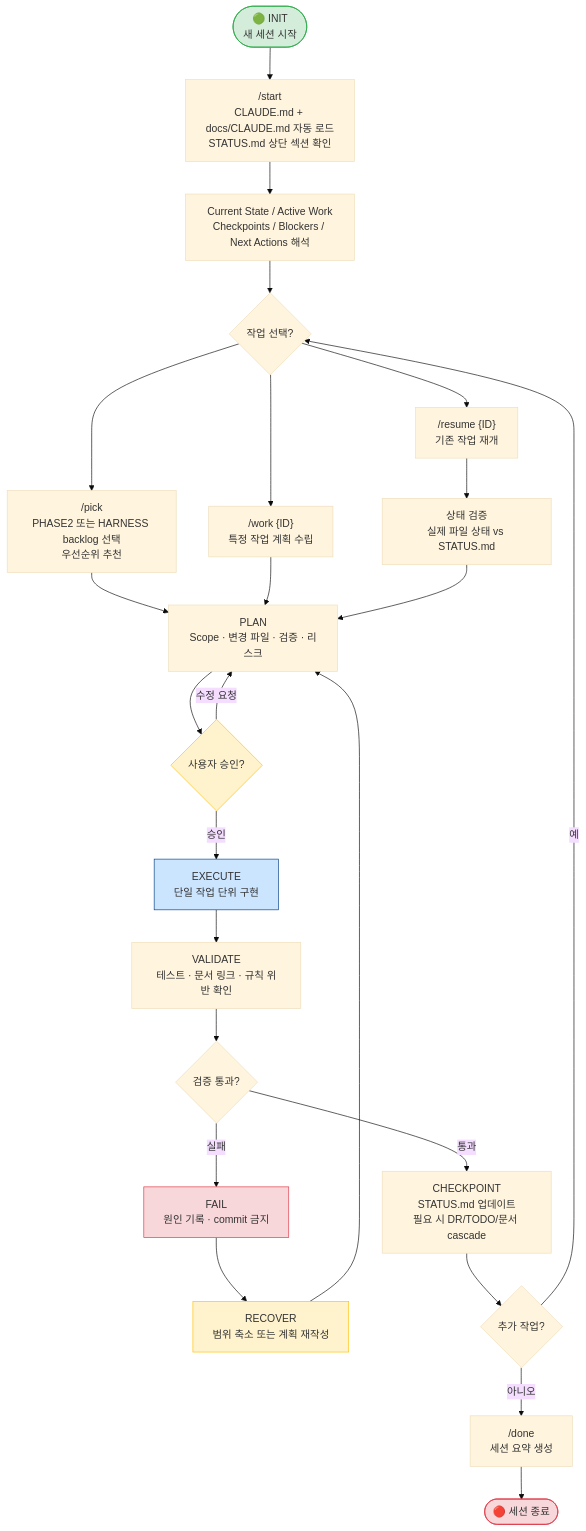
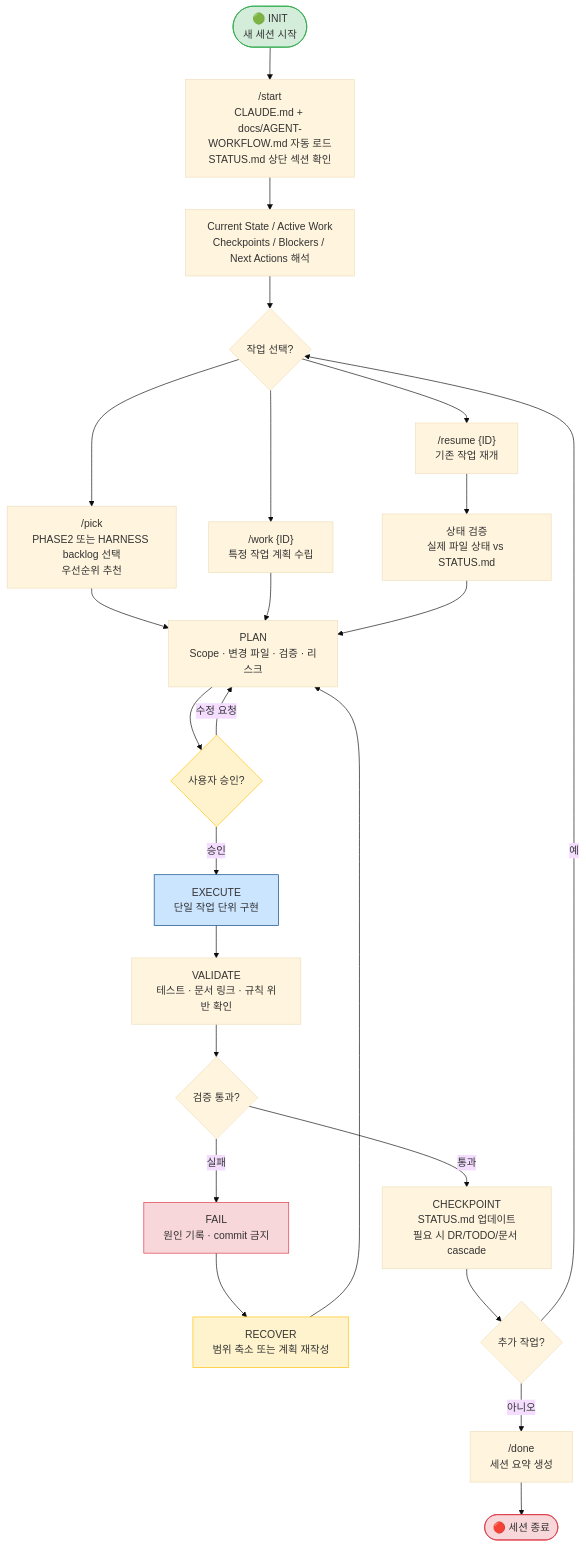
Before and after one commit to kyungseo/ai-workflow-harness: the third of 6 diagrams in docs/WORKFLOW-MANUAL.md, drawn with Mermaid (base theme). The commit also changed other lines of this file and 25 other files, not shown here.

Commit message:
chore: harden agent workflow entrypoints

````diff
--- a/docs/WORKFLOW-MANUAL.md
+++ b/docs/WORKFLOW-MANUAL.md
@@ -449,39 +458,39 @@
 ```mermaid
 flowchart TD
-    START([🟢 INIT\n새 세션 시작]) --> STARTUP["/start\nCLAUDE.md + docs/CLAUDE.md 자동 로드\nSTATUS.md 상단 섹션 확인"]
+    START([🟢 INIT\n새 세션 시작]) --> STARTUP["/start\nCLAUDE.md + docs/AGENT-WORKFLOW.md 자동 로드\nSTATUS.md 상단 섹션 확인"]
     STARTUP --> STATE["Current State / Active Work\nCheckpoints / Blockers / Next Actions 해석"]
     STATE --> ASSESS{작업 선택?}
 
     ASSESS --> PICK["/pick\nPHASE2 또는 HARNESS backlog 선택\n우선순위 추천"]
     ASSESS --> WORK_ID["/work {ID}\n특정 작업 계획 수립"]
     ASSESS --> RESUME["/resume {ID}\n기존 작업 재개"]
 
     PICK --> PLAN["PLAN\nScope · 변경 파일 · 검증 · 리스크"]
     WORK_ID --> PLAN
     RESUME --> VERIFY_STATE["상태 검증\n실제 파일 상태 vs STATUS.md"]
     VERIFY_STATE --> PLAN
 
     PLAN --> APPROVAL{사용자 승인?}
     APPROVAL -- 수정 요청 --> PLAN
     APPROVAL -- 승인 --> EXECUTE["EXECUTE\n단일 작업 단위 구현"]
 
     EXECUTE --> VALIDATE["VALIDATE\n테스트 · 문서 링크 · 규칙 위반 확인"]
     VALIDATE --> PASS{검증 통과?}
     PASS -- 실패 --> FAIL["FAIL\n원인 기록 · commit 금지"]
     FAIL --> RECOVER["RECOVER\n범위 축소 또는 계획 재작성"]
     RECOVER --> PLAN
     PASS -- 통과 --> CHECKPOINT["CHECKPOINT\nSTATUS.md 업데이트\n필요 시 DR/TODO/문서 cascade"]
 
     CHECKPOINT --> NEXT{추가 작업?}
     NEXT -- 예 --> ASSESS
     NEXT -- 아니오 --> DONE["/done\n세션 요약 생성"]
 
     DONE --> END([🔴 세션 종료])
 
     style START fill:#d4edda,stroke:#28a745
     style END fill:#f8d7da,stroke:#dc3545
     style APPROVAL fill:#fff3cd,stroke:#ffc107
     style EXECUTE fill:#cce5ff,stroke:#004085
     style FAIL fill:#f8d7da,stroke:#dc3545
     style RECOVER fill:#fff3cd,stroke:#ffc107
 ```
````
